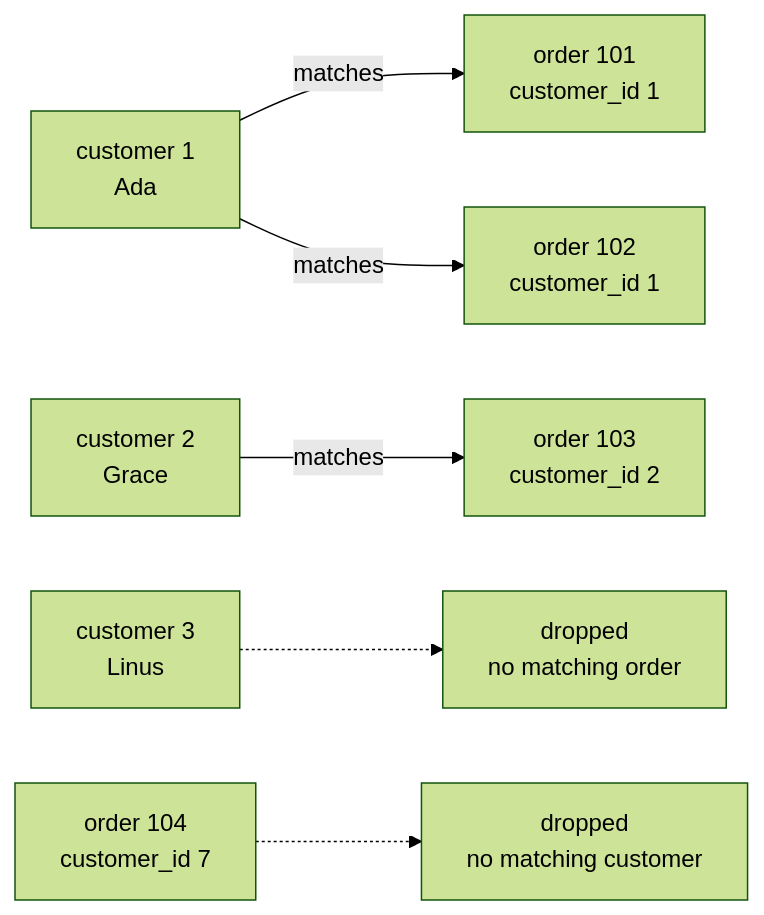
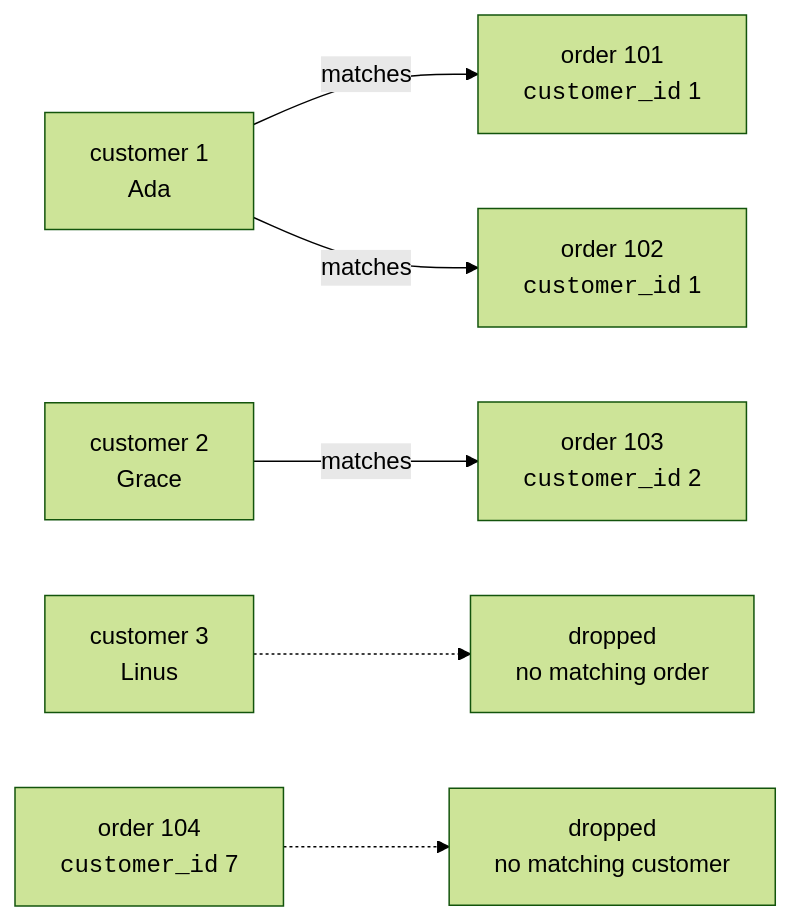
Before and after one commit to dataslope/dataslope: the second of 4 diagrams in content/learn/sqlite-for-beginners/inner-joins.mdx, drawn with Mermaid (forest theme). The commit also changed 153 other files, not shown here.

First line of the commit message:
Render code-only mermaid shapes in monospace; convert step sequences to Steps

````diff
--- a/content/learn/sqlite-for-beginners/inner-joins.mdx
+++ b/content/learn/sqlite-for-beginners/inner-joins.mdx
@@ -68,8 +68,8 @@
 ```mermaid
 flowchart LR
-    C1["customer 1<br/>Ada"] -->|"matches"| O1["order 101<br/>customer_id 1"]
-    C1 -->|"matches"| O2["order 102<br/>customer_id 1"]
-    C2["customer 2<br/>Grace"] -->|"matches"| O3["order 103<br/>customer_id 2"]
+    C1["customer 1<br/>Ada"] -->|"matches"| O1["order 101<br/><code>customer_id</code> 1"]
+    C1 -->|"matches"| O2["order 102<br/><code>customer_id</code> 1"]
+    C2["customer 2<br/>Grace"] -->|"matches"| O3["order 103<br/><code>customer_id</code> 2"]
     C3["customer 3<br/>Linus"] -.-> Drop1["dropped<br/>no matching order"]
-    O4["order 104<br/>customer_id 7"] -.-> Drop2["dropped<br/>no matching customer"]
+    O4["order 104<br/><code>customer_id</code> 7"] -.-> Drop2["dropped<br/>no matching customer"]
 ```
````
